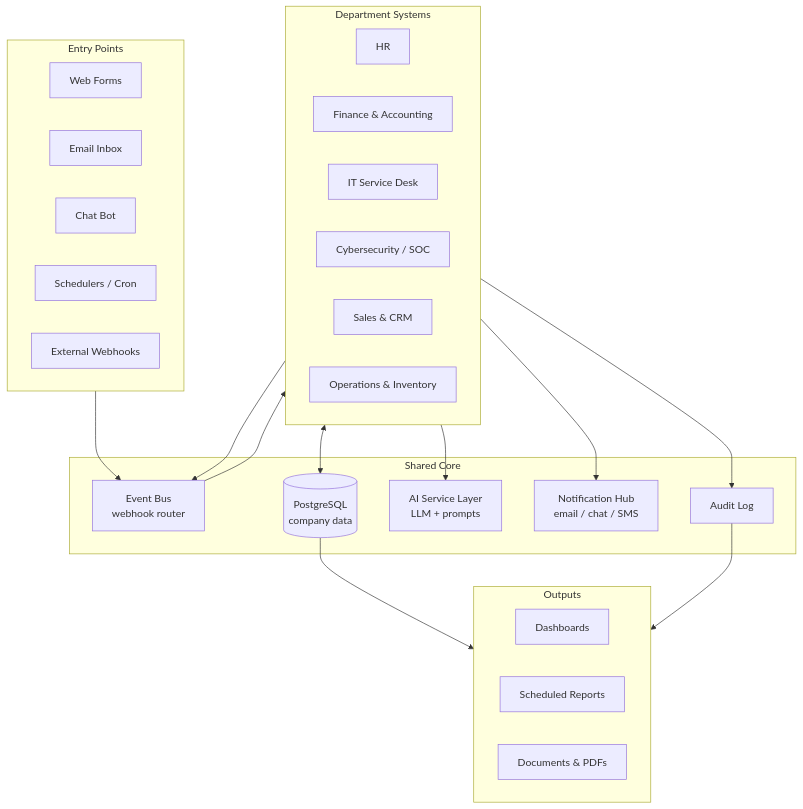
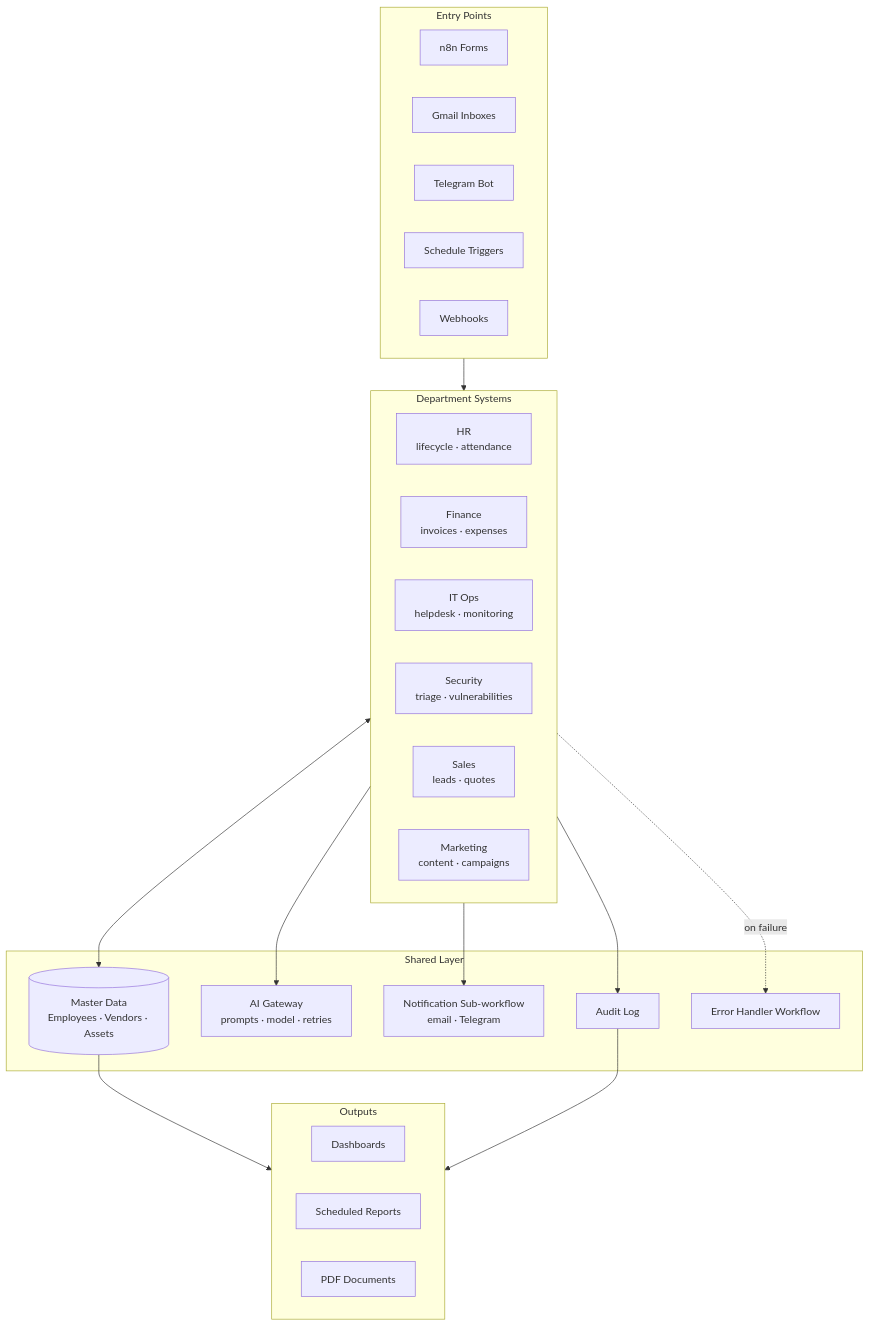
One commit to Abdalrahman-Musa/CompanyFlow changed the diagram in README.md. Above: the diagram before and after it, drawn with Mermaid. The commit also changed other lines of this file, not shown here.

````diff
--- a/README.md
+++ b/README.md
@@ -69,43 +163,42 @@
 ```mermaid
 flowchart TD
     subgraph Entry["Entry Points"]
-        A1[Web Forms]
-        A2[Email Inbox]
-        A3[Chat Bot]
-        A4[Schedulers / Cron]
-        A5[External Webhooks]
+        A1[n8n Forms]
+        A2[Gmail Inboxes]
+        A3[Telegram Bot]
+        A4[Schedule Triggers]
+        A5[Webhooks]
     end
 
-    subgraph Core["Shared Core"]
-        B1[Event Bus<br/>webhook router]
-        B2[(PostgreSQL<br/>company data)]
-        B3[AI Service Layer<br/>LLM + prompts]
-        B4[Notification Hub<br/>email / chat / SMS]
-        B5[Audit Log]
+    subgraph Shared["Shared Layer"]
+        B1[(Master Data<br/>Employees · Vendors · Assets)]
+        B2[AI Gateway<br/>prompts · model · retries]
+        B3[Notification Sub-workflow<br/>email · Telegram]
+        B4[Audit Log]
+        B5[Error Handler Workflow]
     end
 
-    subgraph Departments["Department Systems"]
-        C1[HR]
-        C2[Finance & Accounting]
-        C3[IT Service Desk]
-        C4[Cybersecurity / SOC]
-        C5[Sales & CRM]
-        C6[Operations & Inventory]
+    subgraph Systems["Department Systems"]
+        C1[HR<br/>lifecycle · attendance]
+        C2[Finance<br/>invoices · expenses]
+        C3[IT Ops<br/>helpdesk · monitoring]
+        C4[Security<br/>triage · vulnerabilities]
+        C5[Sales<br/>leads · quotes]
+        C6[Marketing<br/>content · campaigns]
     end
 
     subgraph Out["Outputs"]
         D1[Dashboards]
         D2[Scheduled Reports]
-        D3[Documents & PDFs]
+        D3[PDF Documents]
     end
 
-    Entry --> B1
-    B1 --> Departments
-    Departments <--> B2
-    Departments --> B3
-    Departments --> B4
-    Departments --> B5
-    Departments --> B1
-    B2 --> Out
-    B5 --> Out
+    Entry --> Systems
+    Systems <--> B1
+    Systems --> B2
+    Systems --> B3
+    Systems --> B4
+    Systems -.on failure.-> B5
+    B1 --> Out
+    B4 --> Out
 ```
````
